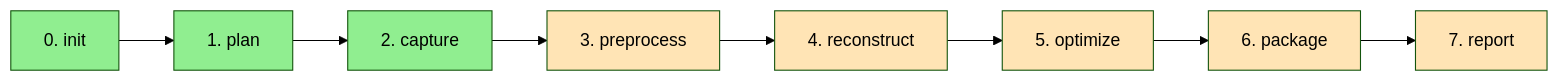
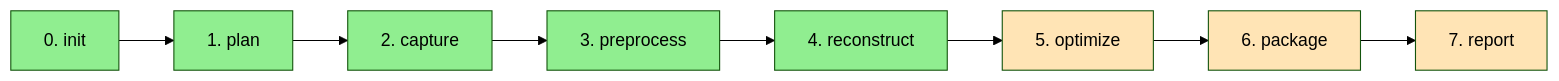
Before and after one commit to TANUKIpro/scan2mesh: the diagram in README.md, drawn with Mermaid (forest theme). The commit also changed other lines of this file and 10 other files, not shown here.

````diff
--- a/README.md
+++ b/README.md
@@ -46,19 +46,19 @@
 ```mermaid
 graph LR
     A[0. init] --> B[1. plan]
     B --> C[2. capture]
     C --> D[3. preprocess]
     D --> E[4. reconstruct]
     E --> F[5. optimize]
     F --> G[6. package]
     G --> H[7. report]
 
     style A fill:#90EE90
     style B fill:#90EE90
     style C fill:#90EE90
-    style D fill:#FFE4B5
-    style E fill:#FFE4B5
+    style D fill:#90EE90
+    style E fill:#90EE90
     style F fill:#FFE4B5
     style G fill:#FFE4B5
     style H fill:#FFE4B5
 ```
````
